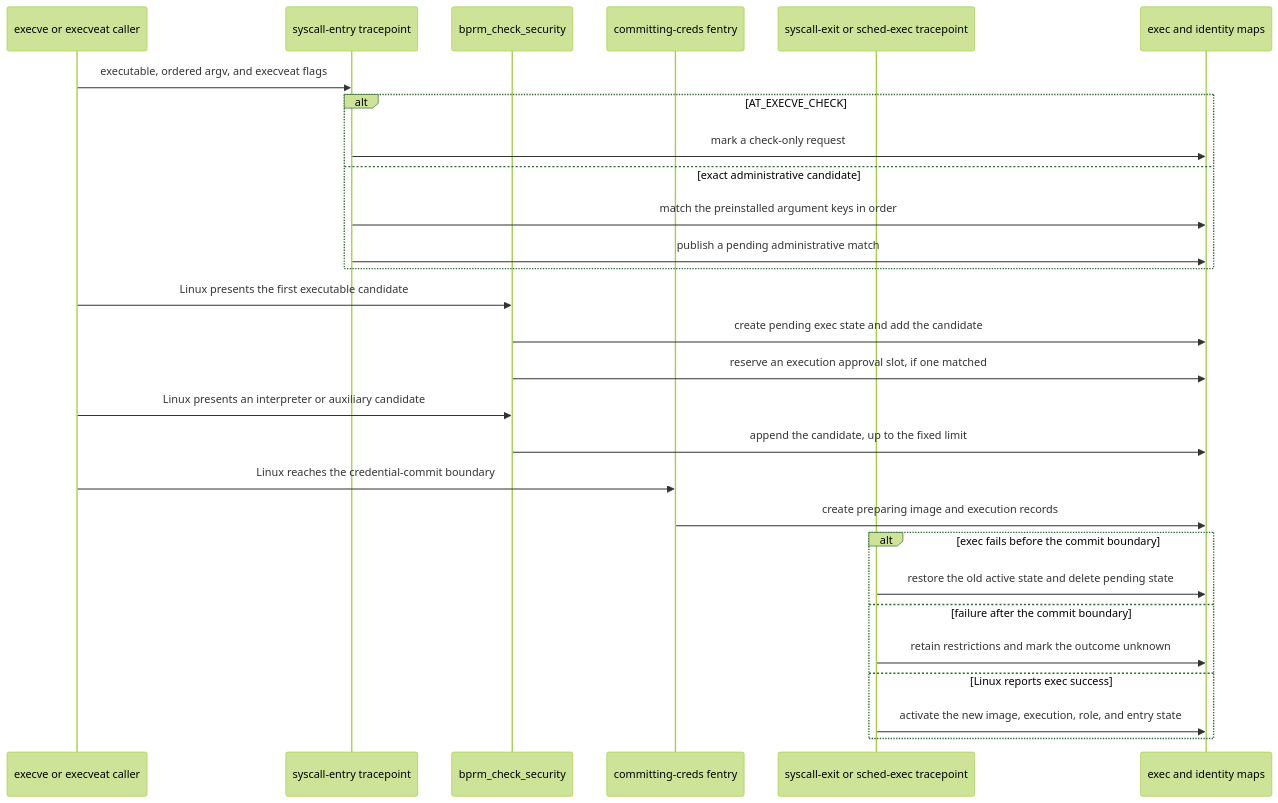
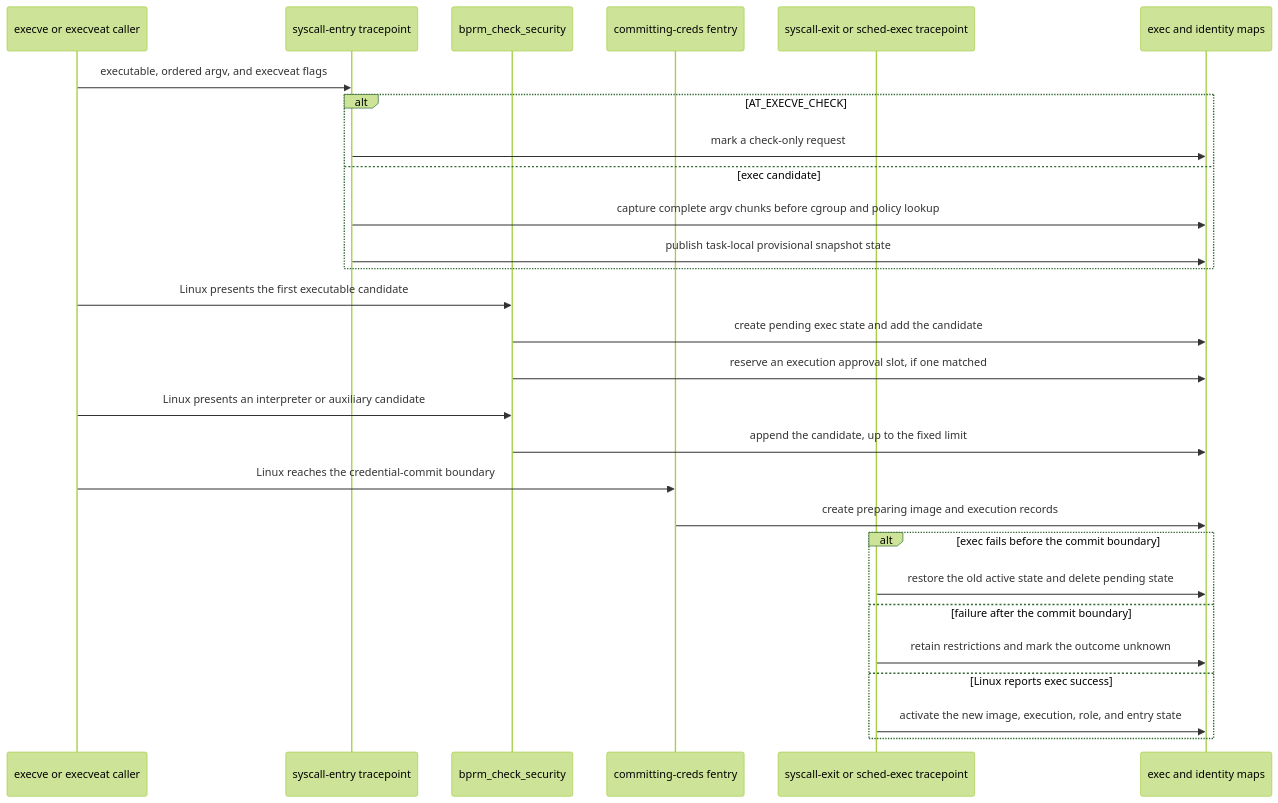
Before and after one commit to Ereborlabs/erebor-runtime: diagram 32 of 50 in docs/plans/mithril-hugging-face-intrusion-prevention/implemented-phase-review.md, drawn with Mermaid (forest theme). The commit also changed other lines of this file and 2 other files, not shown here.

````diff
--- a/docs/plans/mithril-hugging-face-intrusion-prevention/implemented-phase-review.md
+++ b/docs/plans/mithril-hugging-face-intrusion-prevention/implemented-phase-review.md
@@ -2405,31 +2406,31 @@
 ```mermaid
 sequenceDiagram
     participant U as execve or execveat caller
     participant S as syscall-entry tracepoint
     participant B as bprm_check_security
     participant C as committing-creds fentry
     participant X as syscall-exit or sched-exec tracepoint
     participant M as exec and identity maps
 
     U->>S: executable, ordered argv, and execveat flags
     alt AT_EXECVE_CHECK
         S->>M: mark a check-only request
-    else exact administrative candidate
-        S->>M: match the preinstalled argument keys in order
-        S->>M: publish a pending administrative match
+    else exec candidate
+        S->>M: capture complete argv chunks before cgroup and policy lookup
+        S->>M: publish task-local provisional snapshot state
     end
     U->>B: Linux presents the first executable candidate
     B->>M: create pending exec state and add the candidate
     B->>M: reserve an execution approval slot, if one matched
     U->>B: Linux presents an interpreter or auxiliary candidate
     B->>M: append the candidate, up to the fixed limit
     U->>C: Linux reaches the credential-commit boundary
     C->>M: create preparing image and execution records
     alt exec fails before the commit boundary
         X->>M: restore the old active state and delete pending state
     else failure after the commit boundary
         X->>M: retain restrictions and mark the outcome unknown
     else Linux reports exec success
         X->>M: activate the new image, execution, role, and entry state
     end
 ```
````
